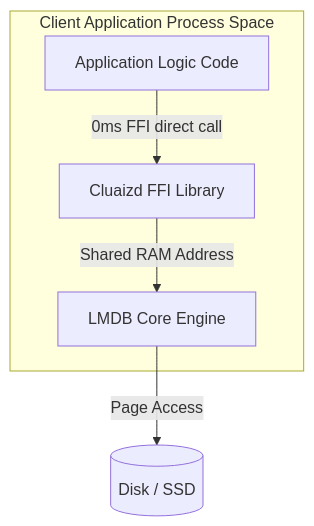
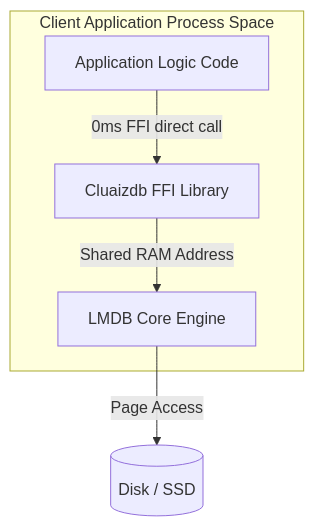
Before and after one commit to cluaiz/cluaizdb: the diagram in docs/cluaizd-types/30-embedded-in-process.md, drawn with Mermaid. The commit also changed other lines of this file and 239 other files, not shown here.

Commit message:
feat(v2-architecture): establish Kernel v2 blueprint, hardened group-commit, and before-vs-after audit

````diff
--- a/docs/cluaizd-types/30-embedded-in-process.md
+++ b/docs/cluaizd-types/30-embedded-in-process.md
@@ -11,8 +11,8 @@
 ```mermaid
 graph TD
     subgraph Client Application Process Space
-        App[Application Logic Code] -->|0ms FFI direct call| FFI[Cluaizd FFI Library]
+        App[Application Logic Code] -->|0ms FFI direct call| FFI[Cluaizdb FFI Library]
         FFI -->|Shared RAM Address| LMDB[LMDB Core Engine]
     end
     LMDB -->|Page Access| Storage[(Disk / SSD)]
 ```
````
